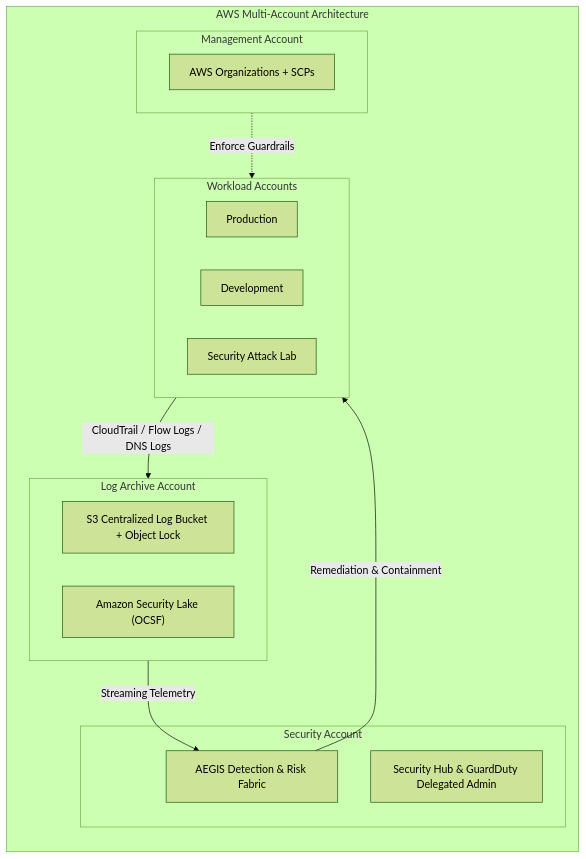
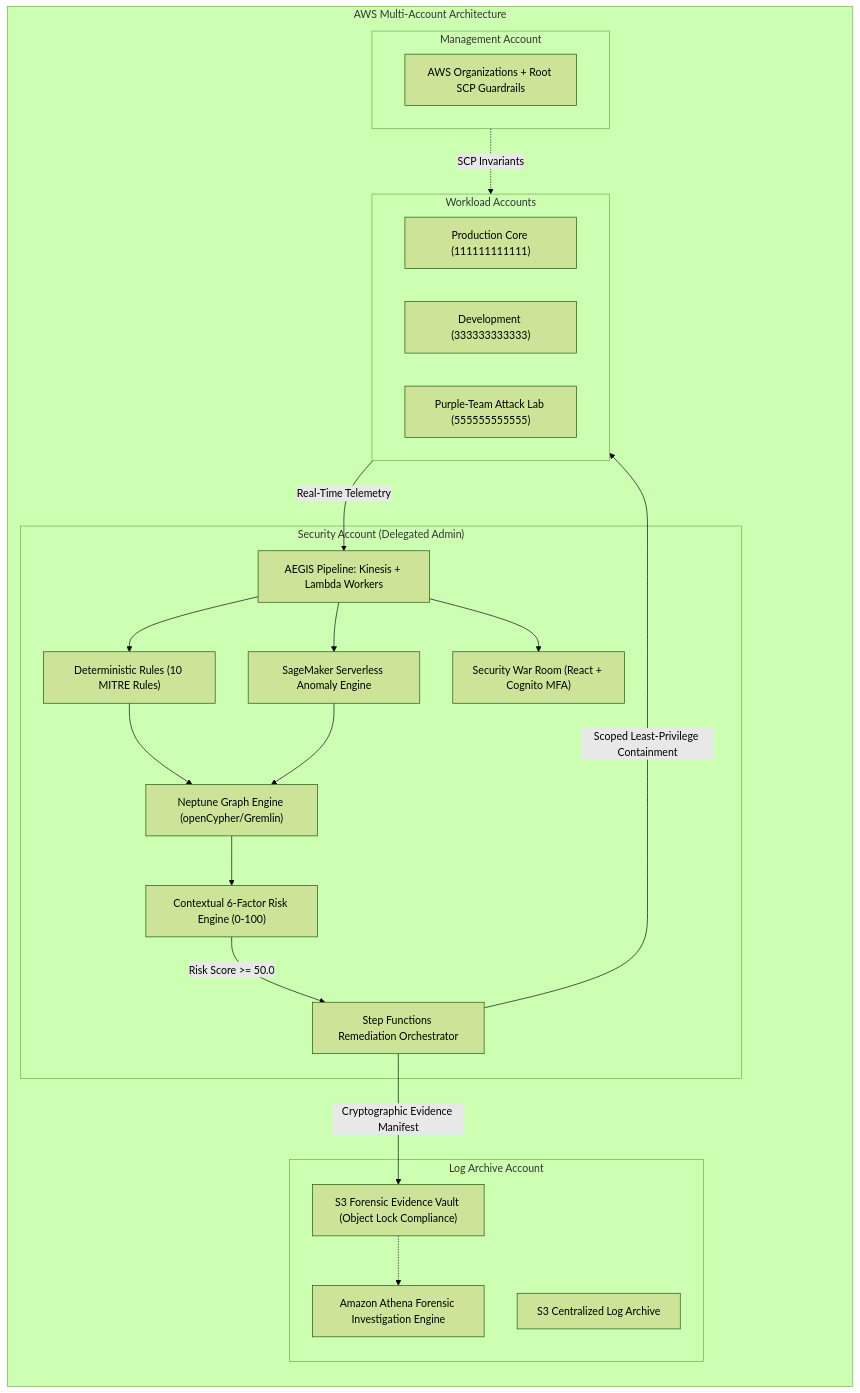
One commit to ShyamD2/aegis-cloud-security changed the diagram in README.md. Above: the diagram before and after it, drawn with Mermaid (forest theme). The commit also changed other lines of this file and 8 other files, not shown here.

Commit message:
feat(phase-17): final senior cloud security engineering audit, architecture review, STRIDE threat model, incident response playbooks, interview guide, and portfolio packaging

````diff
--- a/README.md
+++ b/README.md
@@ -18,27 +21,39 @@
 ```mermaid
 flowchart TB
     subgraph MultiAccount["AWS Multi-Account Architecture"]
         direction TB
         subgraph Mgmt["Management Account"]
-            Organizations["AWS Organizations + SCPs"]
+            Organizations["AWS Organizations + Root SCP Guardrails"]
         end
-        subgraph Sec["Security Account"]
-            AEGISCore["AEGIS Detection & Risk Fabric"]
-            SecHub["Security Hub & GuardDuty Delegated Admin"]
+        subgraph Sec["Security Account (Delegated Admin)"]
+            AEGISCore["AEGIS Pipeline: Kinesis + Lambda Workers"]
+            RulesEngine["Deterministic Rules (10 MITRE Rules)"]
+            MLAnomaly["SageMaker Serverless Anomaly Engine"]
+            NeptuneGraph["Neptune Graph Engine (openCypher/Gremlin)"]
+            RiskEngine["Contextual 6-Factor Risk Engine (0-100)"]
+            StepFunctions["Step Functions Remediation Orchestrator"]
+            WarRoom["Security War Room (React + Cognito MFA)"]
         end
         subgraph LogArch["Log Archive Account"]
-            S3Central["S3 Centralized Log Bucket + Object Lock"]
-            SecLake["Amazon Security Lake (OCSF)"]
+            S3Central["S3 Centralized Log Archive"]
+            S3Vault["S3 Forensic Evidence Vault (Object Lock Compliance)"]
+            Athena["Amazon Athena Forensic Investigation Engine"]
         end
         subgraph Workloads["Workload Accounts"]
-            Prod["Production"]
-            Dev["Development"]
-            Lab["Security Attack Lab"]
+            Prod["Production Core (111111111111)"]
+            Dev["Development (333333333333)"]
+            Lab["Purple-Team Attack Lab (555555555555)"]
         end
     end
 
-    Workloads -->|CloudTrail / Flow Logs / DNS Logs| LogArch
-    LogArch -->|Streaming Telemetry| AEGISCore
-    AEGISCore -->|Remediation & Containment| Workloads
-    Mgmt -.->|Enforce Guardrails| Workloads
+    Workloads -->|Real-Time Telemetry| AEGISCore
+    AEGISCore --> RulesEngine & MLAnomaly
+    RulesEngine & MLAnomaly --> NeptuneGraph
+    NeptuneGraph --> RiskEngine
+    RiskEngine -->|Risk Score >= 50.0| StepFunctions
+    StepFunctions -->|Scoped Least-Privilege Containment| Workloads
+    StepFunctions -->|Cryptographic Evidence Manifest| S3Vault
+    S3Vault -.-> Athena
+    AEGISCore --> WarRoom
+    Mgmt -.->|SCP Invariants| Workloads
 ```
````
